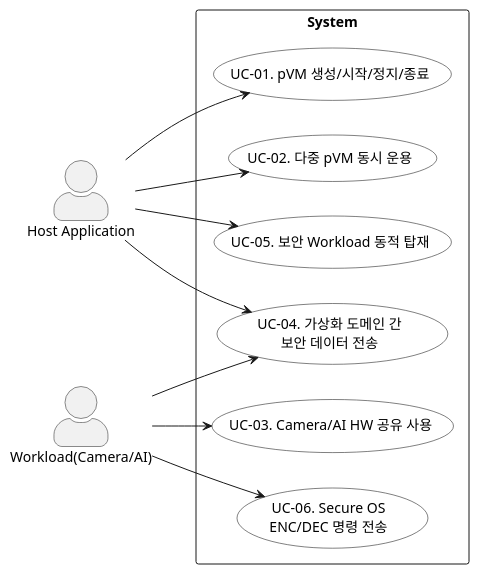
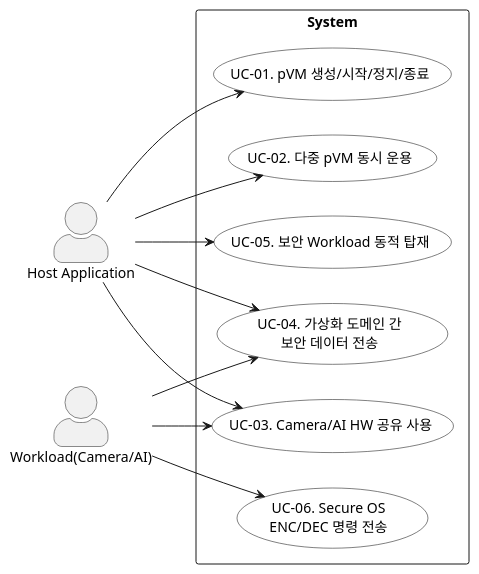
The diagram in docs/01_use_case.md (boram1288/test-p), drawn with PlantUML before and after one commit.

Commit message:
Connect host application to UC-03

````diff
--- a/docs/01_use_case.md
+++ b/docs/01_use_case.md
@@ -31,33 +31,34 @@
 ```plantuml
 @startuml
 left to right direction
 skinparam packageStyle rectangle
 skinparam actorStyle awesome
 skinparam usecase {
   BackgroundColor White
   BorderColor Black
 }
 
 actor "Host Application" as HostApp
 actor "Workload(Camera/AI)" as Workload
 
 rectangle "System" {
   usecase "UC-01. pVM 생성/시작/정지/종료" as UC01
   usecase "UC-02. 다중 pVM 동시 운용" as UC02
   usecase "UC-03. Camera/AI HW 공유 사용" as UC03
   usecase "UC-04. 가상화 도메인 간\n보안 데이터 전송" as UC04
   usecase "UC-05. 보안 Workload 동적 탑재" as UC05
   usecase "UC-06. Secure OS\nENC/DEC 명령 전송" as UC06
 }
 
 HostApp --> UC01
 HostApp --> UC02
+HostApp --> UC03
 HostApp --> UC04
 HostApp --> UC05
 
 Workload --> UC03
 Workload --> UC04
 Workload --> UC06
 
 @enduml
 ```
````
